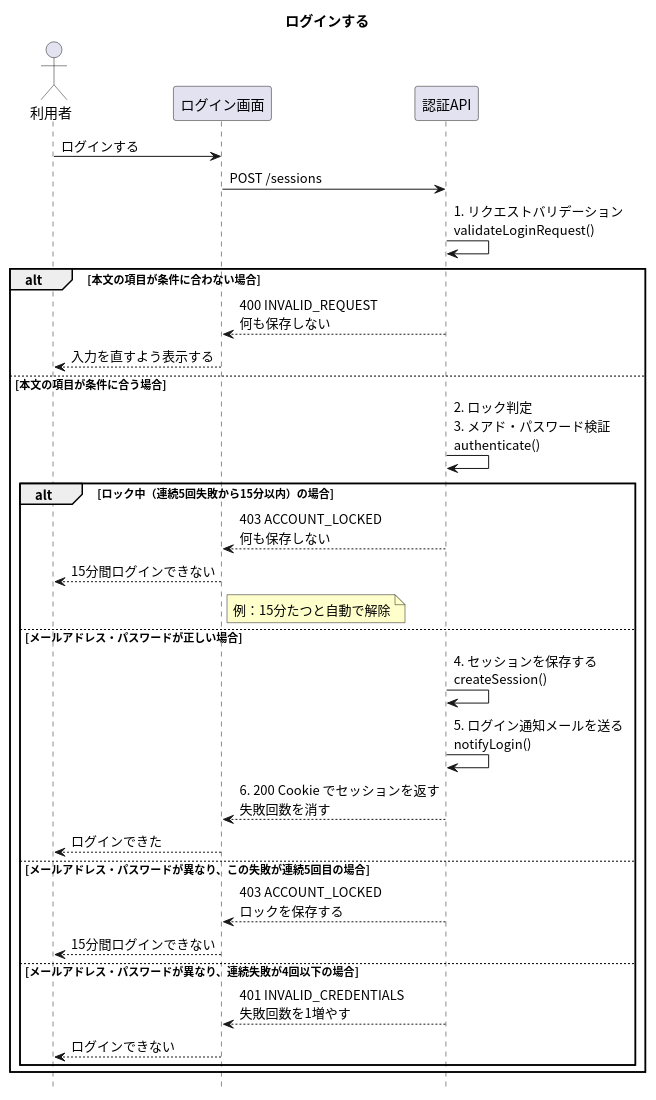
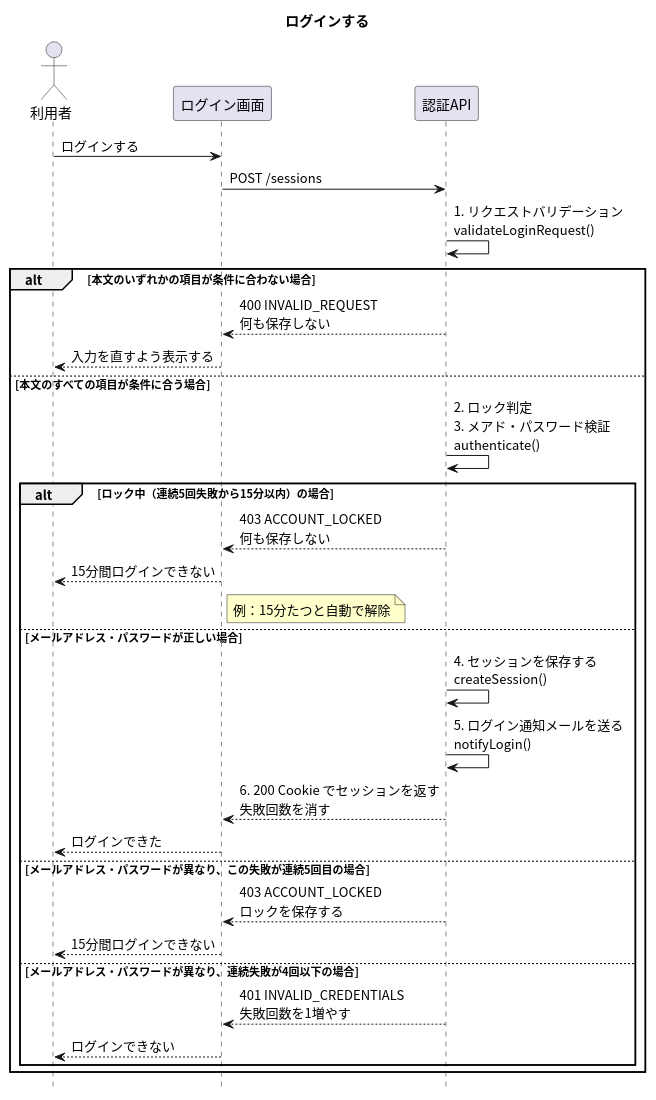
The diagram in apis/login/入口.puml (masamasamasato/design-doc-template), drawn with PlantUML before and after one commit. The commit also changed 7 other files, not shown here.

First line of the commit message:
ログインの図の分岐を「〜の場合」の形にそろえ、テンプレートの手順2の例の穴を無くす (#35)

```diff
--- a/apis/login/入口.puml
+++ b/apis/login/入口.puml
@@ -1,39 +1,39 @@
 @startuml
 skinparam shadowing false
 skinparam defaultFontName "Noto Sans CJK JP"
 skinparam SequenceFontName "Noto Sans CJK JP"
 skinparam NoteBackgroundColor #FFFFCC
 hide footbox
 
 title ログインする
 
 actor "利用者" as User
 participant "ログイン画面" as Screen
 participant "認証API" as API
 
 User -> Screen : ログインする
 Screen -> API : POST /sessions
 API -> API : 1. リクエストバリデーション\nvalidateLoginRequest()
-alt 本文の項目が条件に合わない場合
+alt 本文のいずれかの項目が条件に合わない場合
   API --> Screen : 400 INVALID_REQUEST\n何も保存しない
   Screen --> User : 入力を直すよう表示する
-else 本文の項目が条件に合う場合
+else 本文のすべての項目が条件に合う場合
   API -> API : 2. ロック判定\n3. メアド・パスワード検証\nauthenticate()
   alt ロック中（連続5回失敗から15分以内）の場合
     API --> Screen : 403 ACCOUNT_LOCKED\n何も保存しない
     Screen --> User : 15分間ログインできない
     note right of Screen : 例：15分たつと自動で解除
   else メールアドレス・パスワードが正しい場合
     API -> API : 4. セッションを保存する\ncreateSession()
     API -> API : 5. ログイン通知メールを送る\nnotifyLogin()
     API --> Screen : 6. 200 Cookie でセッションを返す\n失敗回数を消す
     Screen --> User : ログインできた
   else メールアドレス・パスワードが異なり、この失敗が連続5回目の場合
     API --> Screen : 403 ACCOUNT_LOCKED\nロックを保存する
     Screen --> User : 15分間ログインできない
   else メールアドレス・パスワードが異なり、連続失敗が4回以下の場合
     API --> Screen : 401 INVALID_CREDENTIALS\n失敗回数を1増やす
     Screen --> User : ログインできない
   end
 end
 @enduml
```
